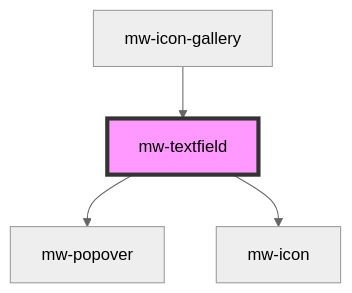
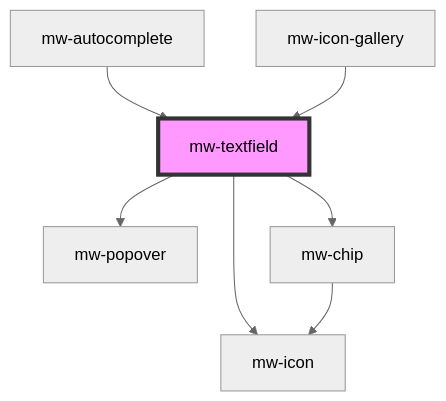
Before and after one commit to MaibornWolff/mwui: the diagram in mwui-stencil/src/components/mw-textfield/readme.md, drawn with Mermaid (neutral theme). The commit also changed other lines of this file and 8 other files, not shown here.

````diff
--- a/mwui-stencil/src/components/mw-textfield/readme.md
+++ b/mwui-stencil/src/components/mw-textfield/readme.md
@@ -40,7 +45,10 @@
 ```mermaid
 graph TD;
   mw-textfield --> mw-popover
+  mw-textfield --> mw-chip
   mw-textfield --> mw-icon
+  mw-chip --> mw-icon
+  mw-autocomplete --> mw-textfield
   mw-icon-gallery --> mw-textfield
   style mw-textfield fill:#f9f,stroke:#333,stroke-width:4px
 ```
````
